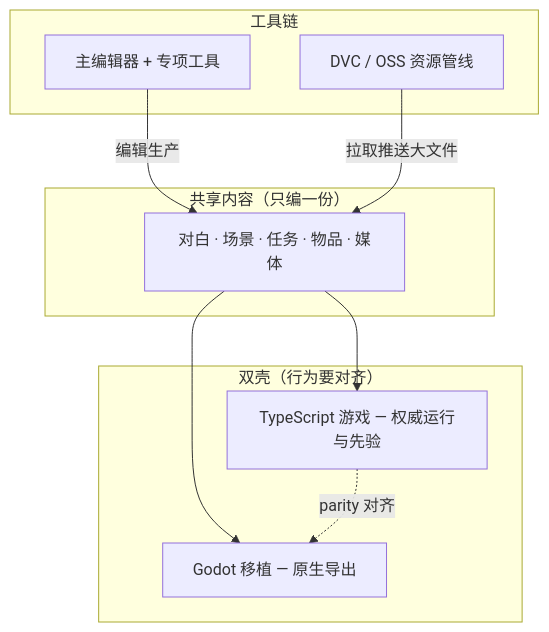
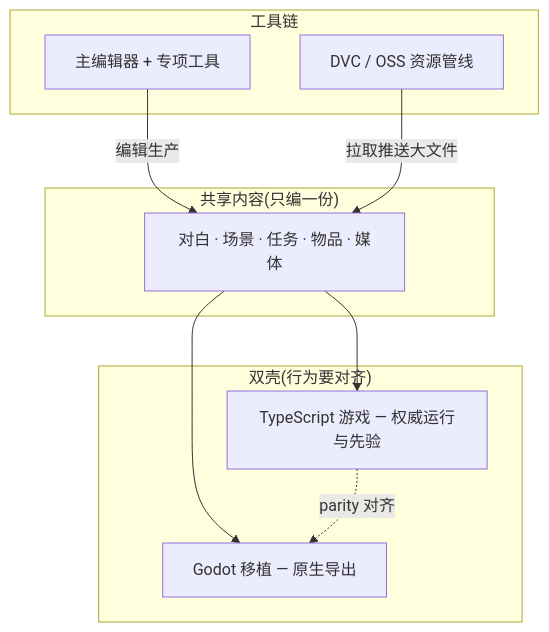
The first of 2 diagrams in docs/dev/overview.mdx (wubugui/GDoc), drawn with Mermaid before and after one commit. The commit also changed other lines of this file and 112 other files, not shown here.

````diff
--- a/docs/dev/overview.mdx
+++ b/docs/dev/overview.mdx
@@ -28,20 +30,20 @@
 ```mermaid
 graph TB
-  subgraph 内容["共享内容（只编一份）"]
+  subgraph 内容["共享内容(只编一份)"]
     DATA[对白 · 场景 · 任务 · 物品 · 媒体]
   end
-  subgraph 外壳["双壳（行为要对齐）"]
+  subgraph 外壳["双壳(行为要对齐)"]
     TS[TypeScript 游戏 — 权威运行与先验]
     GD[Godot 移植 — 原生导出]
   end
   subgraph 工具["工具链"]
     ED[主编辑器 + 专项工具]
     RES[DVC / OSS 资源管线]
   end
 
   ED -->|编辑生产| DATA
   DATA --> TS
   DATA --> GD
   TS -.->|parity 对齐| GD
   RES -->|拉取推送大文件| DATA
 ```
````
